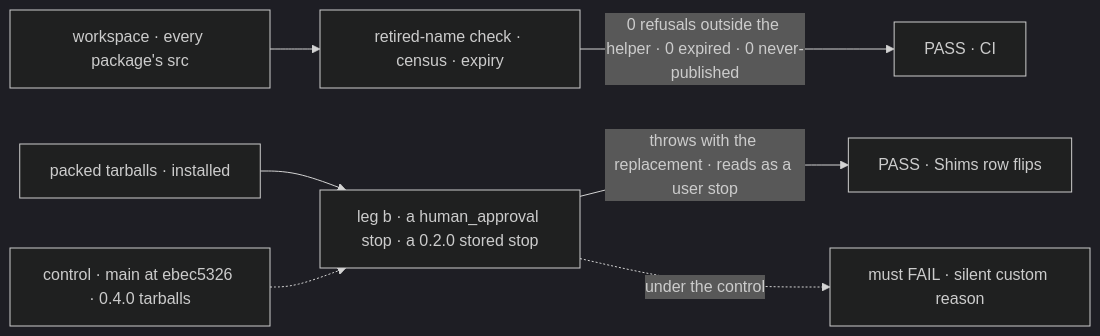
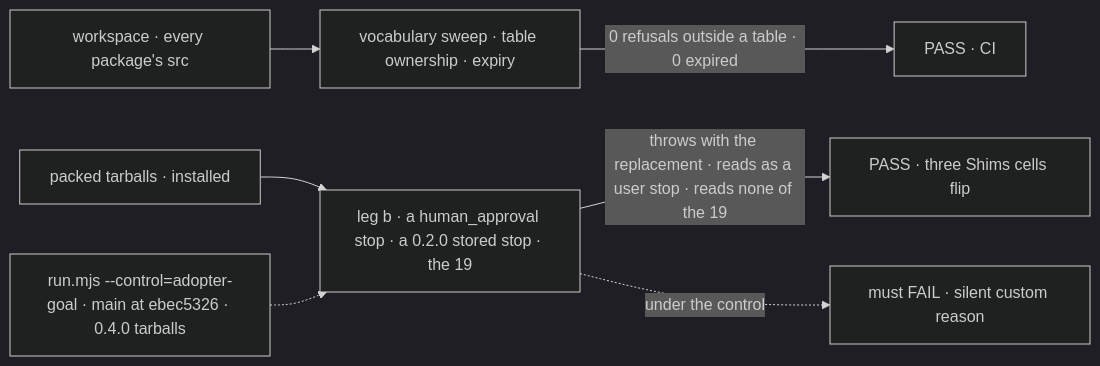
The first of 2 diagrams in specs/issues/FIX-2454/SPEC.md (fixpoint-labs/flow-state-dev), drawn with Mermaid (dark theme) before and after one commit. The commit also changed other lines of this file and 2 other files, not shown here.

````diff
--- a/specs/issues/FIX-2454/SPEC.md
+++ b/specs/issues/FIX-2454/SPEC.md
@@ -28,9 +28,9 @@
 ```mermaid
 flowchart LR
-  W["workspace · every package's src"] --> K["retired-name check · census · expiry"]
-  K -->|"0 refusals outside the helper · 0 expired · 0 never-published"| P1["PASS · CI"]
-  T["packed tarballs · installed"] --> B["leg b · a human_approval stop · a 0.2.0 stored stop"]
-  B -->|"throws with the replacement · reads as a user stop"| P2["PASS · Shims row flips"]
-  C["control · main at ebec5326 · 0.4.0 tarballs"] -.-> B
+  W["workspace · every package's src"] --> K["vocabulary sweep · table ownership · expiry"]
+  K -->|"0 refusals outside a table · 0 expired"| P1["PASS · CI"]
+  T["packed tarballs · installed"] --> B["leg b · a human_approval stop · a 0.2.0 stored stop · the 19"]
+  B -->|"throws with the replacement · reads as a user stop · reads none of the 19"| P2["PASS · three Shims cells flip"]
+  C["run.mjs --control=adopter-goal · main at ebec5326 · 0.4.0 tarballs"] -.-> B
   B -.->|"under the control"| F["must FAIL · silent custom reason"]
 ```
````
